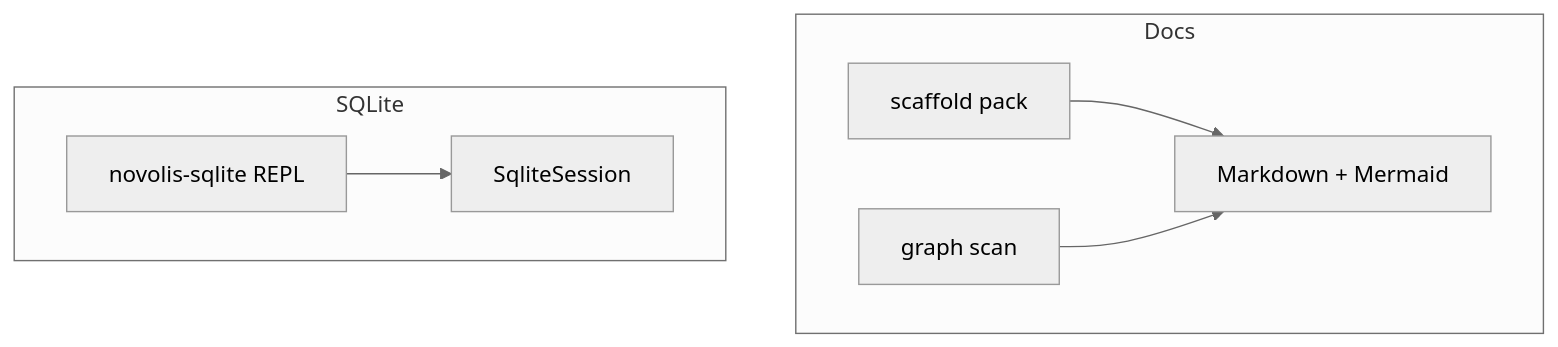
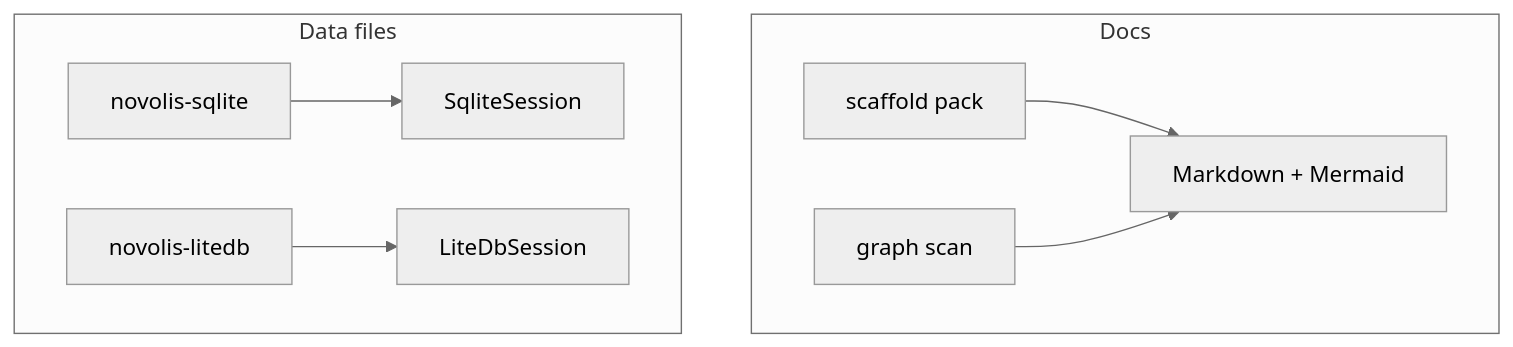
One commit to Novolis-Platform/novolis-tools changed the diagram in README.md. Above: the diagram before and after it, drawn with Mermaid (neutral theme). The commit also changed other lines of this file and 20 other files, not shown here.

Commit message:
Add LiteDb session/CLI tools and harden SqliteSession helpers.

````diff
--- a/README.md
+++ b/README.md
@@ -47,15 +49,18 @@
 ```mermaid
 flowchart TB
   subgraph docs [Docs]
     scaffold["scaffold pack"]
     graphScan["graph scan"]
     md["Markdown + Mermaid"]
   end
-  subgraph sqlite [SQLite]
-    repl["novolis-sqlite REPL"]
-    helpers["SqliteSession"]
+  subgraph data [Data files]
+    sqliteRepl["novolis-sqlite"]
+    liteRepl["novolis-litedb"]
+    sqliteLib["SqliteSession"]
+    liteLib["LiteDbSession"]
   end
   scaffold --> md
   graphScan --> md
-  repl --> helpers
+  sqliteRepl --> sqliteLib
+  liteRepl --> liteLib
 ```
````
